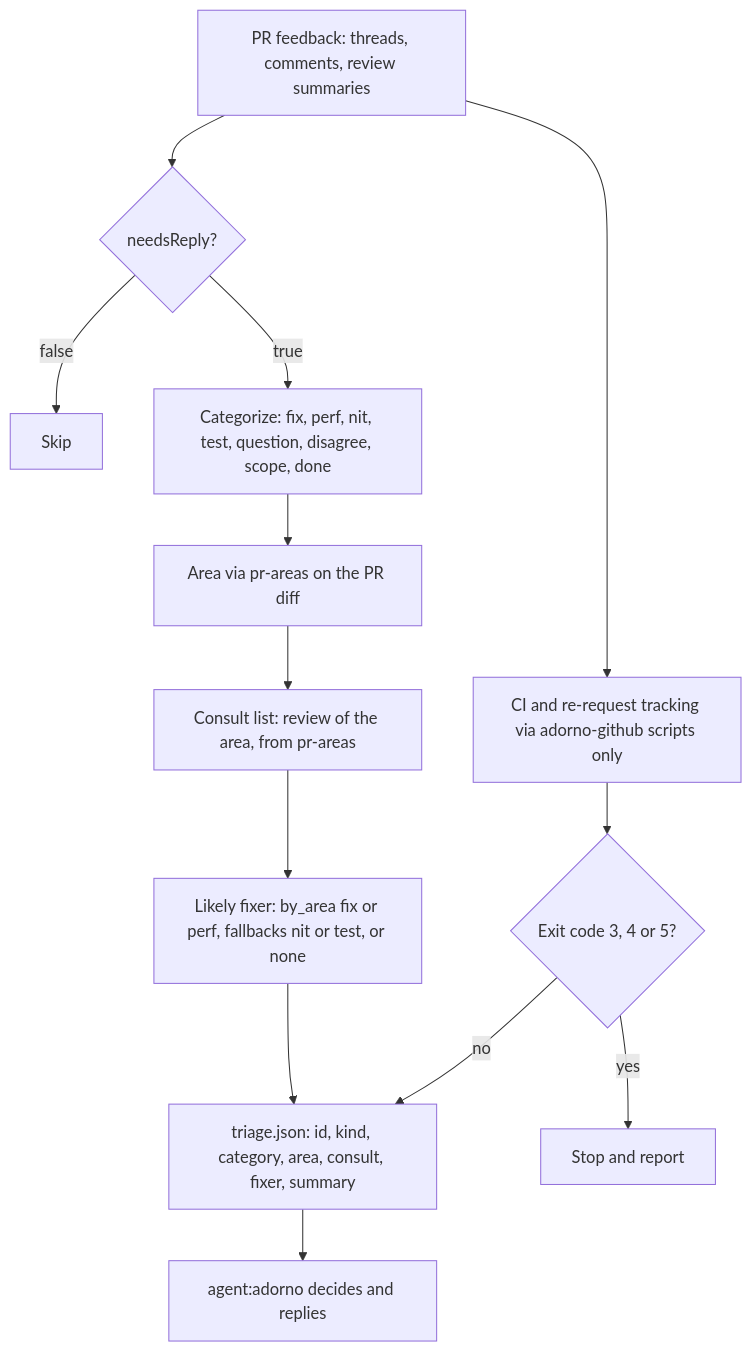
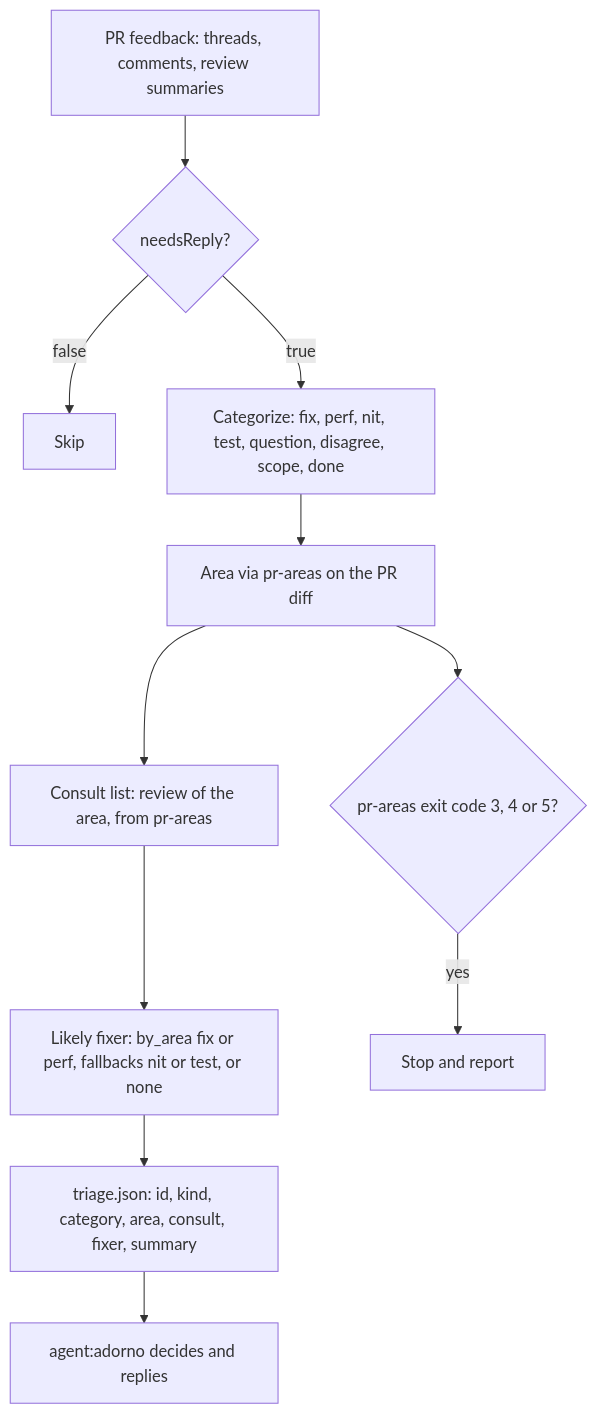
One commit to nicolasmondain/adorno changed the fifth of 5 diagrams in src/agents/core/SCHEMA.md. Above: the diagram before and after it, drawn with Mermaid. The commit also changed other lines of this file and 718 other files, not shown here.

````diff
--- a/src/agents/core/SCHEMA.md
+++ b/src/agents/core/SCHEMA.md
@@ -88,15 +88,13 @@
 ```mermaid
 flowchart TD
   A["PR feedback: threads, comments, review summaries"] --> B{"needsReply?"}
   B -->|"false"| X["Skip"]
   B -->|"true"| C["Categorize: fix, perf, nit, test, question, disagree, scope, done"]
   C --> D["Area via pr-areas on the PR diff"]
   D --> E["Consult list: review of the area, from pr-areas"]
   E --> F["Likely fixer: by_area fix or perf, fallbacks nit or test, or none"]
   F --> G["triage.json: id, kind, category, area, consult, fixer, summary"]
   G --> H["agent:adorno decides and replies"]
-  A --> I["CI and re-request tracking via adorno-github scripts only"]
-  I --> J{"Exit code 3, 4 or 5?"}
+  D --> J{"pr-areas exit code 3, 4 or 5?"}
   J -->|"yes"| K["Stop and report"]
-  J -->|"no"| G
 ```
````
